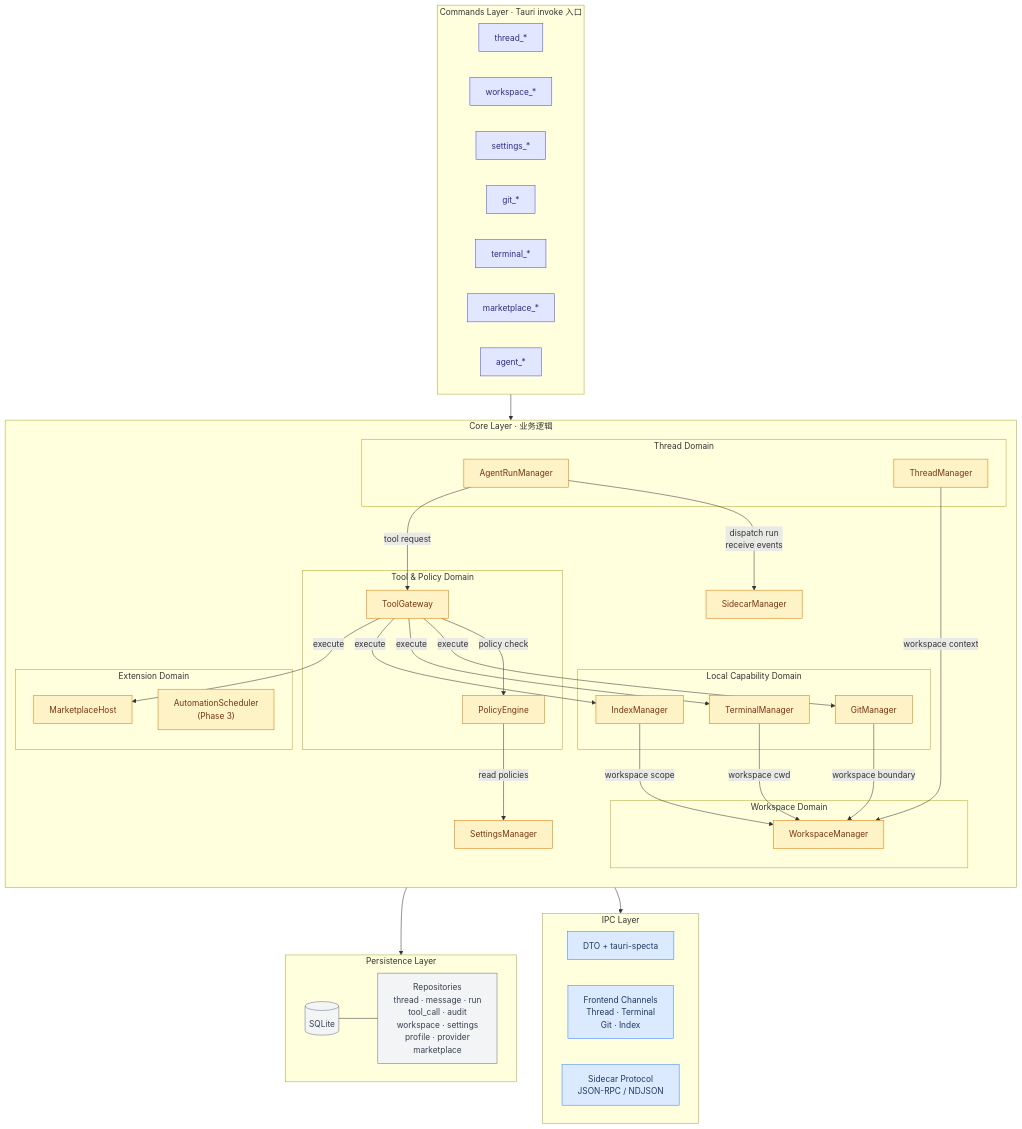
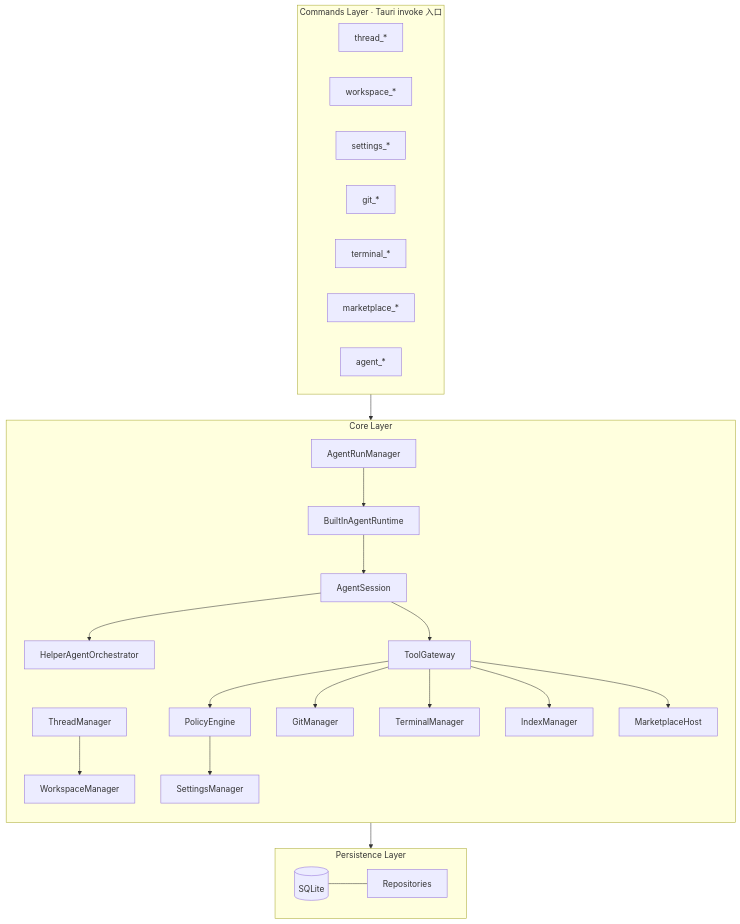
One commit to TiyAgents/tiycode changed the second of 3 diagrams in docs/technical-architecture-20260316.md. Above: the diagram before and after it, drawn with Mermaid. The commit also changed other lines of this file and 6 other files, not shown here.

Commit message:
docs(agent): 📝 redesign runtime around tiy-core

````diff
--- a/docs/technical-architecture-20260316.md
+++ b/docs/technical-architecture-20260316.md
@@ -356,78 +281,42 @@
     C_AGENT["agent_*"]
   end
 
-  subgraph CORE["Core Layer · 业务逻辑"]
+  subgraph CORE["Core Layer"]
     direction TB
 
-    subgraph THREAD_DOMAIN["Thread Domain"]
-      TM["ThreadManager"]
-      ARM["AgentRunManager"]
-    end
-
-    subgraph WORKSPACE_DOMAIN["Workspace Domain"]
-      WM["WorkspaceManager"]
-    end
-
-    subgraph TOOL_DOMAIN["Tool & Policy Domain"]
-      TG["ToolGateway"]
-      PE["PolicyEngine"]
-    end
-
-    subgraph LOCAL_DOMAIN["Local Capability Domain"]
-      GIT["GitManager"]
-      TERM["TerminalManager"]
-      IDX["IndexManager"]
-    end
-
-    subgraph EXT_DOMAIN["Extension Domain"]
-      MKT["MarketplaceHost"]
-      AUTO["AutomationScheduler\n(Phase 3)"]
-    end
-
-    SC["SidecarManager"]
+    TM["ThreadManager"]
+    ARM["AgentRunManager"]
+    BIR["BuiltInAgentRuntime"]
+    SESSION["AgentSession"]
+    HELPER["HelperAgentOrchestrator"]
+    WM["WorkspaceManager"]
+    TG["ToolGateway"]
+    PE["PolicyEngine"]
+    GIT["GitManager"]
+    TERM["TerminalManager"]
+    IDX["IndexManager"]
+    MKT["MarketplaceHost"]
     SETTINGS["SettingsManager"]
   end
 
   subgraph PERSIST["Persistence Layer"]
     direction LR
     DB[("SQLite")]
-    REPOS["Repositories\nthread · message · run\ntool_call · audit\nworkspace · settings\nprofile · provider\nmarketplace"]
-  end
-
-  subgraph IPC["IPC Layer"]
-    direction LR
-    DTO["DTO + tauri-specta"]
-    CHANNELS["Frontend Channels\nThread · Terminal\nGit · Index"]
-    PROTO["Sidecar Protocol\nJSON-RPC / NDJSON"]
+    REPOS["Repositories"]
   end
 
   COMMANDS --> CORE
   CORE --> PERSIST
-  CORE --> IPC
-
-  %% Key domain relationships
-  ARM -->|"dispatch run\nreceive events"| SC
-  ARM -->|"tool request"| TG
-  TG -->|"policy check"| PE
-  TG -->|"execute"| GIT
-  TG -->|"execute"| TERM
-  TG -->|"execute"| IDX
-  TG -->|"execute"| MKT
-  TM -->|"workspace context"| WM
-  GIT -->|"workspace boundary"| WM
-  TERM -->|"workspace cwd"| WM
-  IDX -->|"workspace scope"| WM
-  PE -->|"read policies"| SETTINGS
-
+  ARM --> BIR
+  BIR --> SESSION
+  SESSION --> HELPER
+  SESSION --> TG
+  TG --> PE
+  TG --> GIT
+  TG --> TERM
+  TG --> IDX
+  TG --> MKT
+  TM --> WM
+  PE --> SETTINGS
   DB --- REPOS
-
-  classDef cmd fill:#e0e7ff,stroke:#4f46e5,color:#312e81
-  classDef core fill:#fef3c7,stroke:#d97706,color:#78350f
-  classDef persist fill:#f3f4f6,stroke:#6b7280,color:#374151
-  classDef ipc fill:#dbeafe,stroke:#3b82f6,color:#1e3a5f
-
-  class C_TH,C_WS,C_SET,C_GIT,C_TERM,C_MKT,C_AGENT cmd
-  class TM,ARM,WM,TG,PE,GIT,TERM,IDX,MKT,AUTO,SC,SETTINGS core
-  class DB,REPOS persist
-  class DTO,CHANNELS,PROTO ipc
 ```
````
